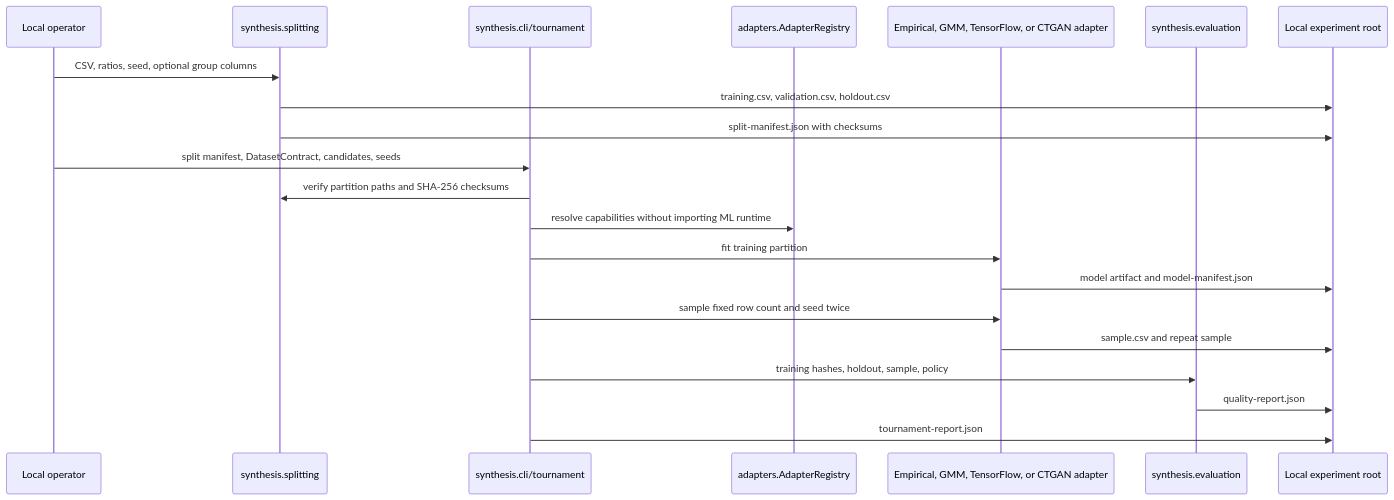
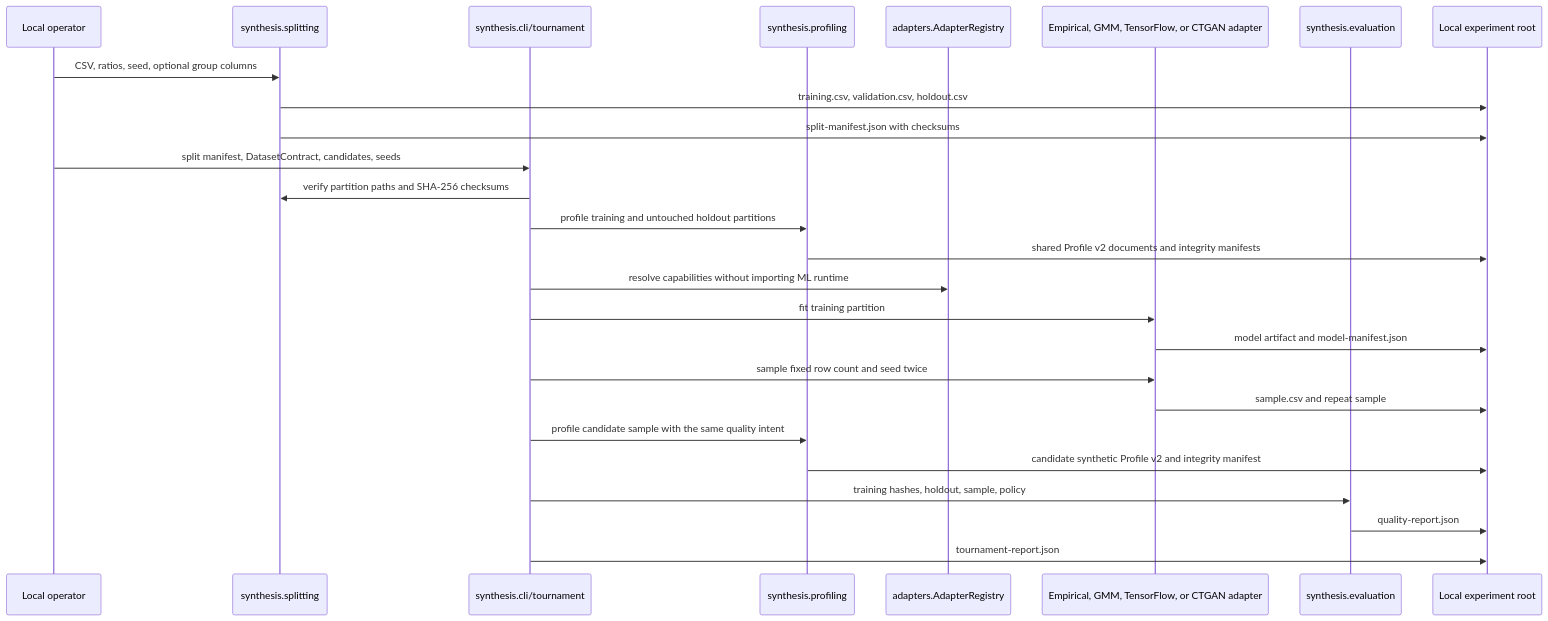
Before and after one commit to smitzo/DataBoom: the tenth of 12 diagrams in docs/engineering/low-level-design.md, drawn with Mermaid. The commit also changed other lines of this file and 20 other files, not shown here.

````diff
--- a/docs/engineering/low-level-design.md
+++ b/docs/engineering/low-level-design.md
@@ -300,24 +304,29 @@
 ```mermaid
 sequenceDiagram
     participant Operator as Local operator
     participant Split as synthesis.splitting
     participant Worker as synthesis.cli/tournament
+    participant Profile as synthesis.profiling
     participant Registry as adapters.AdapterRegistry
     participant Adapter as Empirical, GMM, TensorFlow, or CTGAN adapter
     participant Eval as synthesis.evaluation
     participant Disk as Local experiment root
 
     Operator->>Split: CSV, ratios, seed, optional group columns
     Split->>Disk: training.csv, validation.csv, holdout.csv
     Split->>Disk: split-manifest.json with checksums
     Operator->>Worker: split manifest, DatasetContract, candidates, seeds
     Worker->>Split: verify partition paths and SHA-256 checksums
+    Worker->>Profile: profile training and untouched holdout partitions
+    Profile->>Disk: shared Profile v2 documents and integrity manifests
     Worker->>Registry: resolve capabilities without importing ML runtime
     Worker->>Adapter: fit training partition
     Adapter->>Disk: model artifact and model-manifest.json
     Worker->>Adapter: sample fixed row count and seed twice
     Adapter->>Disk: sample.csv and repeat sample
+    Worker->>Profile: profile candidate sample with the same quality intent
+    Profile->>Disk: candidate synthetic Profile v2 and integrity manifest
     Worker->>Eval: training hashes, holdout, sample, policy
     Eval->>Disk: quality-report.json
     Worker->>Disk: tournament-report.json
 ```
````
